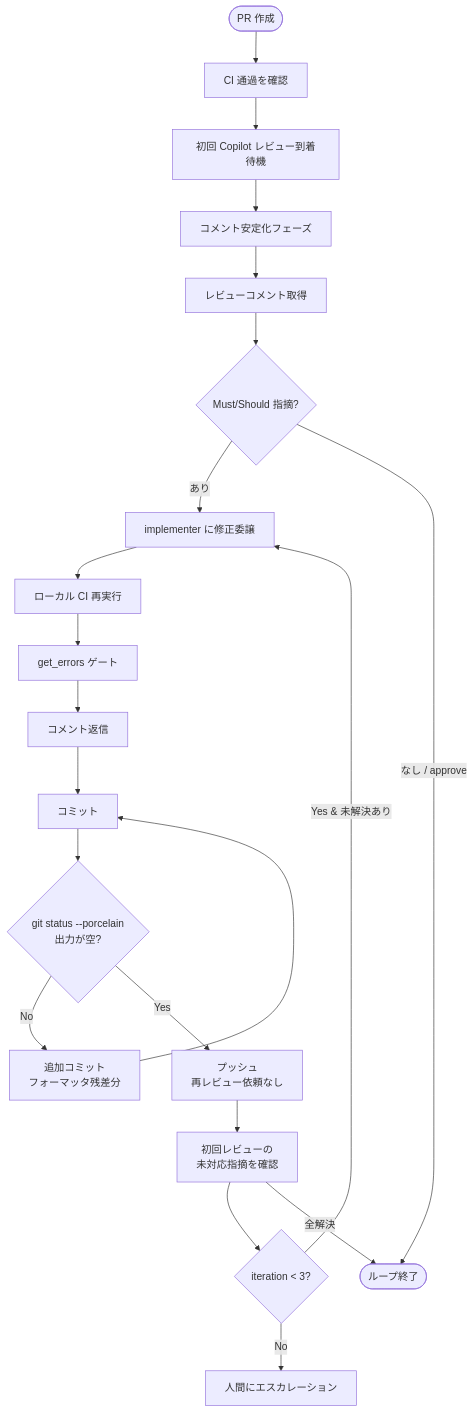
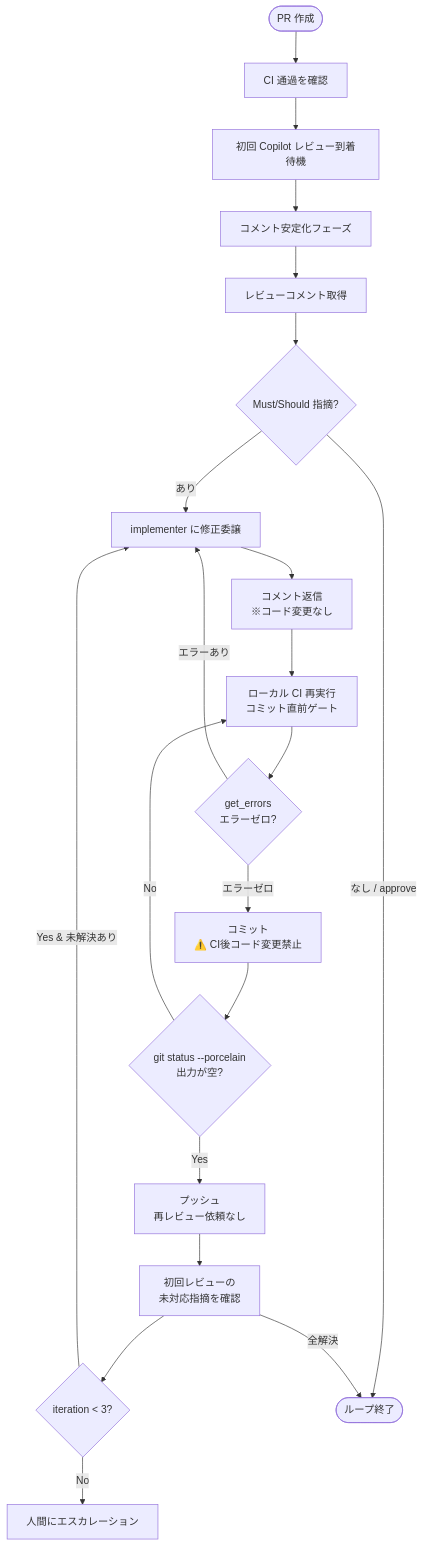
Before and after one commit to KosGit-ti/dev-orchestration-template: the fourth of 5 diagrams in docs/orchestration.md, drawn with Mermaid. The commit also changed 2 other files, not shown here.

Commit message:
docs: コミット直前ゲート原則を導入（CI後コード変更禁止）
レビュー対応フローの構造的欠陥を修正:
- CI をコミット直前の最終ゲートとして再配置
- CI 実行後のコード変更を構造的に禁止
- CleanCheck 失敗時は追加コミットでなく CI 再実行へ戻る
- ruff format --check（検証モード）の使用を明記

````diff
--- a/docs/orchestration.md
+++ b/docs/orchestration.md
@@ -494,23 +494,23 @@
 ```mermaid
 flowchart TD
     Start([PR 作成]) --> WaitCI[CI 通過を確認]
     WaitCI --> WaitReview[初回 Copilot レビュー到着待機]
     WaitReview --> Stable[コメント安定化フェーズ]
     Stable --> GetComments[レビューコメント取得]
     GetComments --> Classify{Must/Should 指摘?}
     Classify -->|あり| Fix[implementer に修正委譲]
-    Fix --> LocalCI[ローカル CI 再実行]
-    LocalCI --> IDECheck[get_errors ゲート]
-    IDECheck --> Reply[コメント返信]
-    Reply --> Commit[コミット]
+    Fix --> Reply[コメント返信<br/>※コード変更なし]
+    Reply --> FinalCI[ローカル CI 再実行<br/>コミット直前ゲート]
+    FinalCI --> IDECheck{get_errors<br/>エラーゼロ?}
+    IDECheck -->|エラーあり| Fix
+    IDECheck -->|エラーゼロ| Commit[コミット<br/>⚠️ CI後コード変更禁止]
     Commit --> CleanCheck{git status --porcelain<br/>出力が空?}
-    CleanCheck -->|No| AddCommit[追加コミット<br/>フォーマッタ残差分]
-    AddCommit --> Commit
+    CleanCheck -->|No| FinalCI
     CleanCheck -->|Yes| Push[プッシュ<br/>再レビュー依頼なし]
     Push --> Recheck[初回レビューの<br/>未対応指摘を確認]
     Recheck --> Inc{iteration < 3?}
     Inc -->|Yes & 未解決あり| Fix
     Inc -->|No| Escalate[人間にエスカレーション]
     Classify -->|なし / approve| Done([ループ終了])
     Recheck -->|全解決| Done
 ```
````
